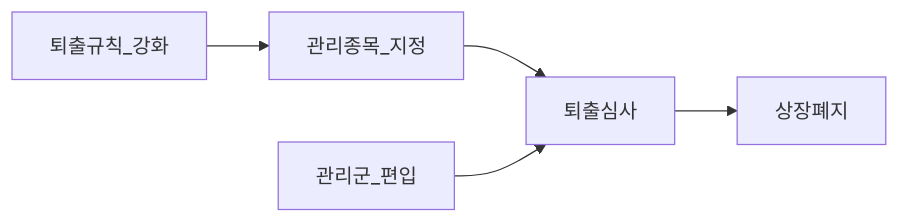
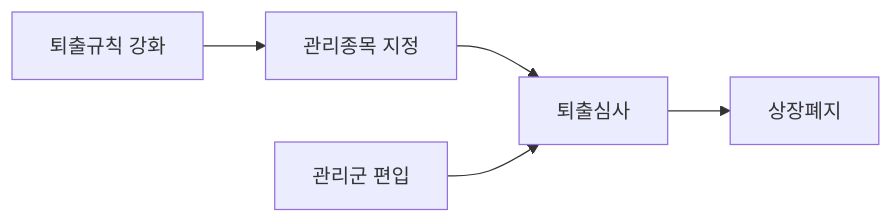
The second of 3 diagrams in 03-markets/kosdaq-tier-system.md (goldanghenry/Finances), drawn with Mermaid before and after one commit. The commit also changed other lines of this file and 211 other files, not shown here.

````diff
--- a/03-markets/kosdaq-tier-system.md
+++ b/03-markets/kosdaq-tier-system.md
@@ -156,7 +161,7 @@
 ```mermaid
 flowchart LR
-  Rules[퇴출규칙_강화] --> Admin[관리종목_지정]
+  Rules["퇴출규칙 강화"] --> Admin["관리종목 지정"]
   Admin --> Review[퇴출심사]
   Review --> Delist[상장폐지]
-  Tier[관리군_편입] --> Review
+  Tier["관리군 편입"] --> Review
 ```
````
